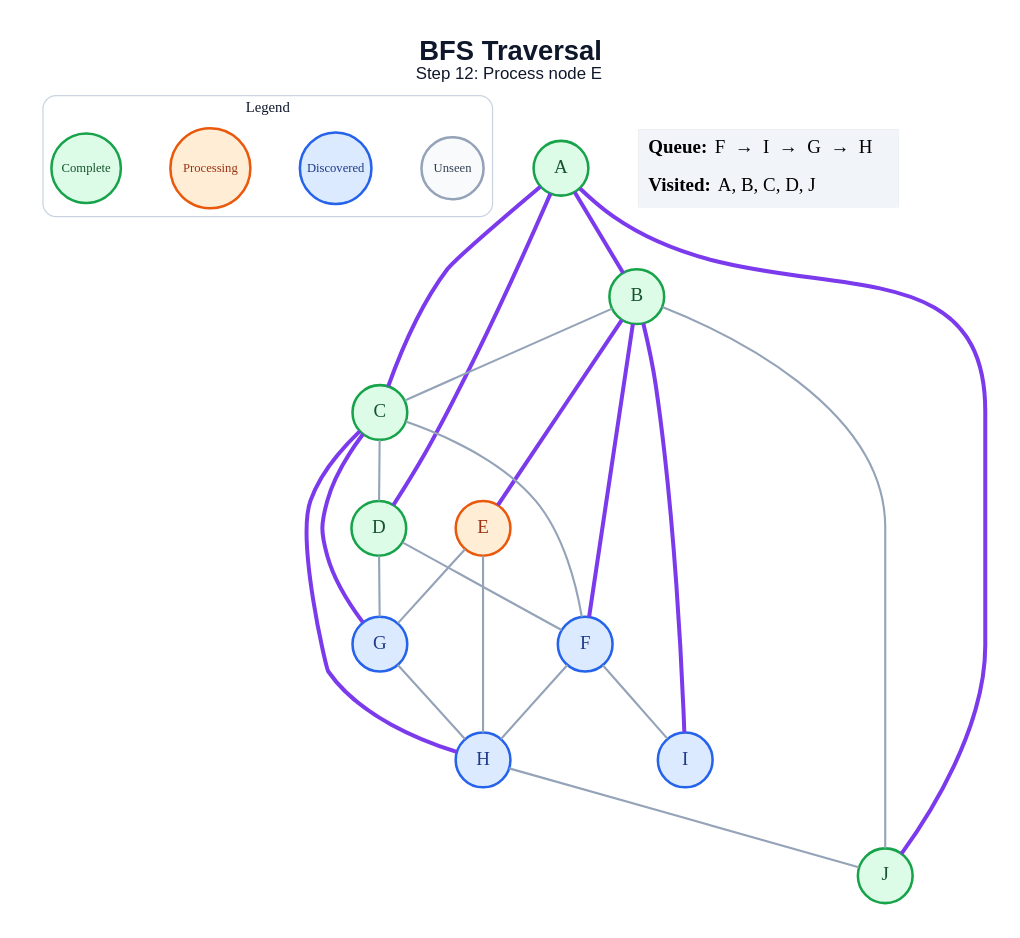
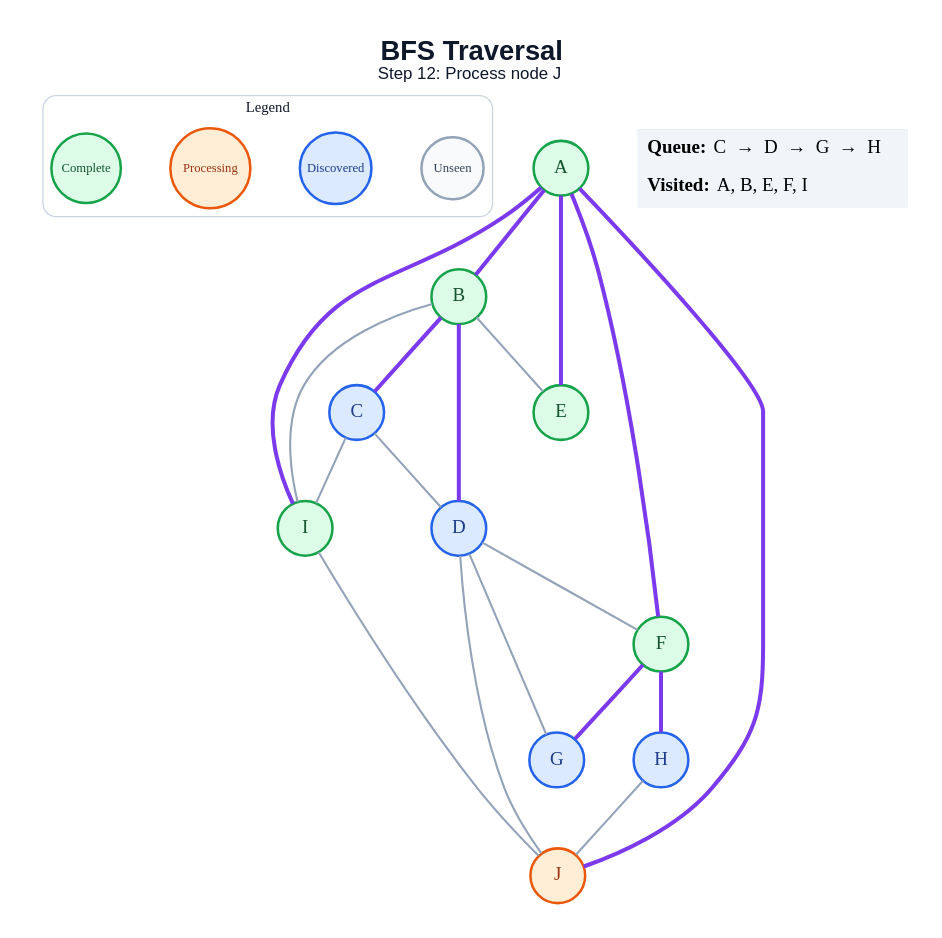
The diagram in generated/bfs/step_12.dot (anon7238593-create/ai-slop), drawn with Graphviz before and after one commit. The commit also changed 178 other files, not shown here.

```diff
--- a/generated/bfs/step_12.dot
+++ b/generated/bfs/step_12.dot
@@ -1,50 +1,47 @@
 graph traversal {
   graph [layout=dot, rankdir=TB, bgcolor="#FFFFFF", pad="0.35", nodesep="0.65", ranksep="0.8", fontname="Arial"];
   node [shape=circle, style="filled", fontname="Arial Bold", fontsize=18, width=0.72, fixedsize=true, penwidth=2.4];
   edge [color="#94A3B8", penwidth=2.0];
-  label=<<B>BFS Traversal</B><BR/><FONT POINT-SIZE="16">Step 12: Process node E</FONT>>; labelloc="t"; fontsize=26; fontname="Arial"; fontcolor="#0F172A";
+  label=<<B>BFS Traversal</B><BR/><FONT POINT-SIZE="16">Step 12: Process node J</FONT>>; labelloc="t"; fontsize=26; fontname="Arial"; fontcolor="#0F172A";
   subgraph cluster_legend { label="Legend"; color="#CBD5E1"; penwidth=1.2; style="rounded"; fontsize=14; fontname="Arial Bold";
     key_unseen [label="Unseen", fillcolor="#F8FAFC", color="#94A3B8", fontcolor="#334155", fontsize=12, width=0.82];
     key_frontier [label="Discovered", fillcolor="#DBEAFE", color="#2563EB", fontcolor="#1E3A8A", fontsize=12, width=0.95];
     key_current [label="Processing", fillcolor="#FFEDD5", color="#EA580C", fontcolor="#9A3412", fontsize=12, width=1.05];
     key_done [label="Complete", fillcolor="#DCFCE7", color="#16A34A", fontcolor="#14532D", fontsize=12, width=0.92];
     { rank=same; key_unseen; key_frontier; key_current; key_done; }
   }
   A [fillcolor="#DCFCE7", color="#16A34A", fontcolor="#14532D"];
   B [fillcolor="#DCFCE7", color="#16A34A", fontcolor="#14532D"];
-  C [fillcolor="#DCFCE7", color="#16A34A", fontcolor="#14532D"];
-  D [fillcolor="#DCFCE7", color="#16A34A", fontcolor="#14532D"];
-  E [fillcolor="#FFEDD5", color="#EA580C", fontcolor="#9A3412"];
-  F [fillcolor="#DBEAFE", color="#2563EB", fontcolor="#1E3A8A"];
+  C [fillcolor="#DBEAFE", color="#2563EB", fontcolor="#1E3A8A"];
+  D [fillcolor="#DBEAFE", color="#2563EB", fontcolor="#1E3A8A"];
+  E [fillcolor="#DCFCE7", color="#16A34A", fontcolor="#14532D"];
+  F [fillcolor="#DCFCE7", color="#16A34A", fontcolor="#14532D"];
   G [fillcolor="#DBEAFE", color="#2563EB", fontcolor="#1E3A8A"];
   H [fillcolor="#DBEAFE", color="#2563EB", fontcolor="#1E3A8A"];
-  I [fillcolor="#DBEAFE", color="#2563EB", fontcolor="#1E3A8A"];
-  J [fillcolor="#DCFCE7", color="#16A34A", fontcolor="#14532D"];
+  I [fillcolor="#DCFCE7", color="#16A34A", fontcolor="#14532D"];
+  J [fillcolor="#FFEDD5", color="#EA580C", fontcolor="#9A3412"];
   A -- B [color="#7C3AED", penwidth=3.8];
-  A -- C [color="#7C3AED", penwidth=3.8];
-  A -- D [color="#7C3AED", penwidth=3.8];
+  A -- E [color="#7C3AED", penwidth=3.8];
+  A -- F [color="#7C3AED", penwidth=3.8];
+  A -- I [color="#7C3AED", penwidth=3.8];
   A -- J [color="#7C3AED", penwidth=3.8];
-  B -- C;
-  B -- E [color="#7C3AED", penwidth=3.8];
-  B -- F [color="#7C3AED", penwidth=3.8];
-  B -- I [color="#7C3AED", penwidth=3.8];
-  B -- J;
+  B -- C [color="#7C3AED", penwidth=3.8];
+  B -- D [color="#7C3AED", penwidth=3.8];
+  B -- E;
+  B -- I;
   C -- D;
-  C -- F;
-  C -- G [color="#7C3AED", penwidth=3.8];
-  C -- H [color="#7C3AED", penwidth=3.8];
+  C -- I;
   D -- F;
   D -- G;
-  E -- G;
-  E -- H;
-  F -- H;
-  F -- I;
-  G -- H;
+  D -- J;
+  F -- G [color="#7C3AED", penwidth=3.8];
+  F -- H [color="#7C3AED", penwidth=3.8];
   H -- J;
+  I -- J;
   status [shape=plain, fixedsize=false, width=0, height=0, margin=0, label=<
     <TABLE BORDER="0" CELLBORDER="0" CELLPADDING="7" BGCOLOR="#F1F5F9">
-      <TR><TD ALIGN="LEFT"><B>Queue:</B> F  →  I  →  G  →  H</TD></TR>
-      <TR><TD ALIGN="LEFT"><B>Visited:</B> A, B, C, D, J</TD></TR>
+      <TR><TD ALIGN="LEFT"><B>Queue:</B> C  →  D  →  G  →  H</TD></TR>
+      <TR><TD ALIGN="LEFT"><B>Visited:</B> A, B, E, F, I</TD></TR>
     </TABLE>
   >];
 }
```
